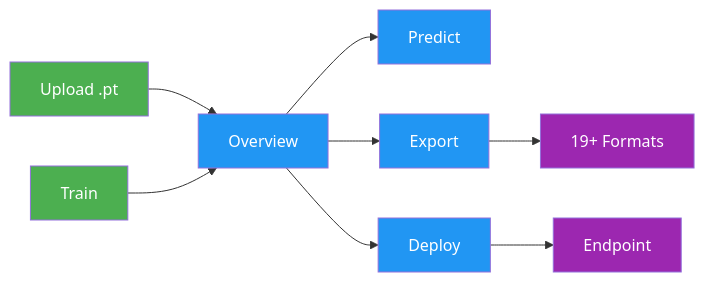
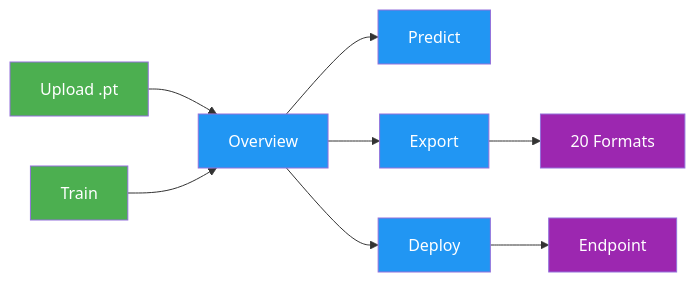
The first of 2 diagrams in orddc2024/predictors/yolo26/docs/en/platform/train/models.md (himanshunaidu/orddc2024_yolo_sidewalk), drawn with Mermaid before and after one commit. The commit also changed other lines of this file and 538 other files, not shown here.

````diff
--- a/orddc2024/predictors/yolo26/docs/en/platform/train/models.md
+++ b/orddc2024/predictors/yolo26/docs/en/platform/train/models.md
@@ -56,14 +55,14 @@
 ```mermaid
 graph LR
     A[Upload .pt]:::start --> B[Overview]:::proc
     C[Train]:::start --> B
     B --> D[Predict]:::proc
     B --> E[Export]:::proc
     B --> F[Deploy]:::proc
-    E --> G[19+ Formats]:::out
+    E --> G[20 Formats]:::out
     F --> H[Endpoint]:::out
 
     classDef start fill:#4CAF50,color:#fff
     classDef proc fill:#2196F3,color:#fff
     classDef out fill:#9C27B0,color:#fff
 ```
````
